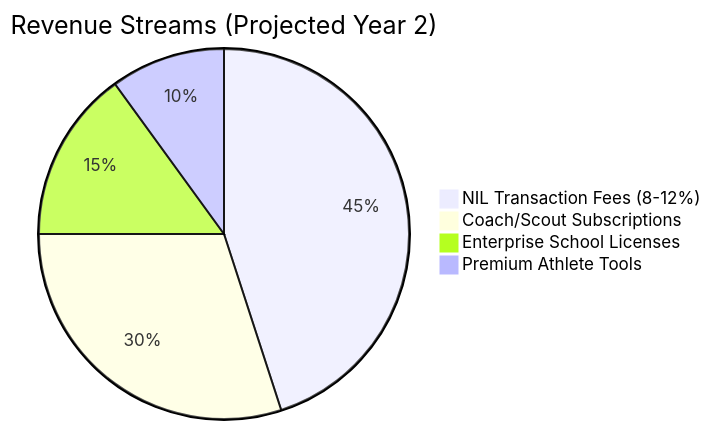
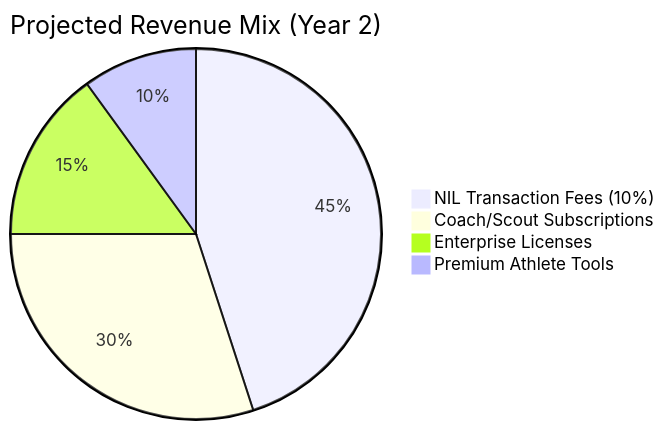
One commit to huttonbenj/The-Prowler changed diagram 17 of 18 in STRATEGY.md. Above: the diagram before and after it, drawn with Mermaid. The commit also changed other lines of this file, not shown here.

Commit message:
Complete strategy rebuild: verified pricing, itemized hours, architecture diagrams

````diff
--- a/STRATEGY.md
+++ b/STRATEGY.md
@@ -229,7 +622,7 @@
 ```mermaid
-pie title Revenue Streams (Projected Year 2)
-    "NIL Transaction Fees (8-12%)" : 45
+pie title Projected Revenue Mix (Year 2)
+    "NIL Transaction Fees (10%)" : 45
     "Coach/Scout Subscriptions" : 30
-    "Enterprise School Licenses" : 15
+    "Enterprise Licenses" : 15
     "Premium Athlete Tools" : 10
 ```
````
